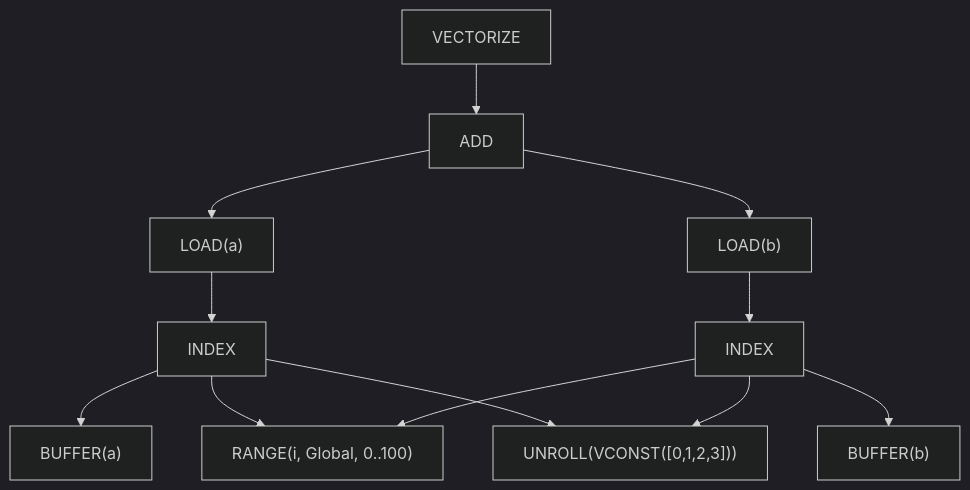
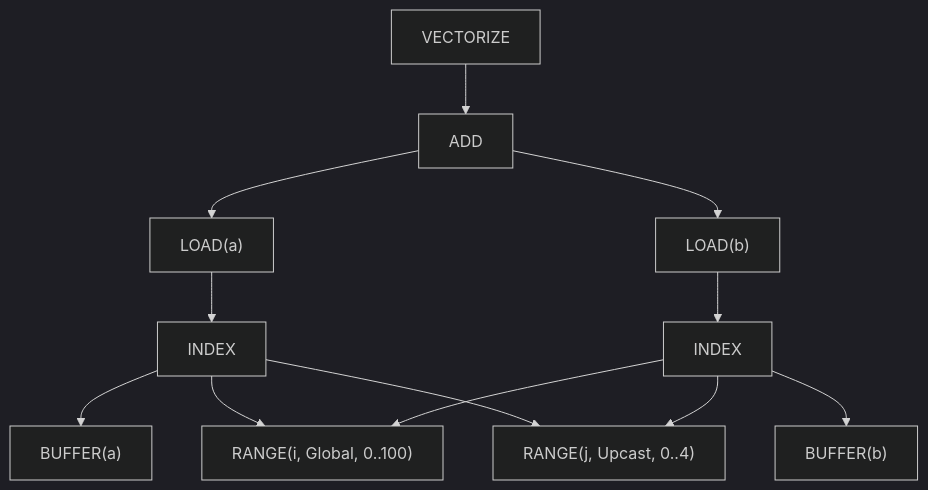
One commit to mexus/morok changed the second of 3 diagrams in website/docs/architecture/codegen/worked-example.md. Above: the diagram before and after it, drawn with Mermaid (dark theme). The commit also changed other lines of this file and 22 other files, not shown here.

Commit message:
[*] docs: describe graph-native compiler and AMD queues

````diff
--- a/website/docs/architecture/codegen/worked-example.md
+++ b/website/docs/architecture/codegen/worked-example.md
@@ -48,14 +48,14 @@
 ```mermaid
 flowchart TD
   V["VECTORIZE"] --> ADD["ADD"]
   ADD --> LA["LOAD(a)"]
   ADD --> LB["LOAD(b)"]
   LA --> IA["INDEX"]
   LB --> IB["INDEX"]
   IA --> BA["BUFFER(a)"]
   IA --> RG["RANGE(i, Global, 0..100)"]
-  IA --> UN["UNROLL(VCONST([0,1,2,3]))"]
+  IA --> UN["RANGE(j, Upcast, 0..4)"]
   IB --> BB["BUFFER(b)"]
   IB --> RG
   IB --> UN
 ```
````
